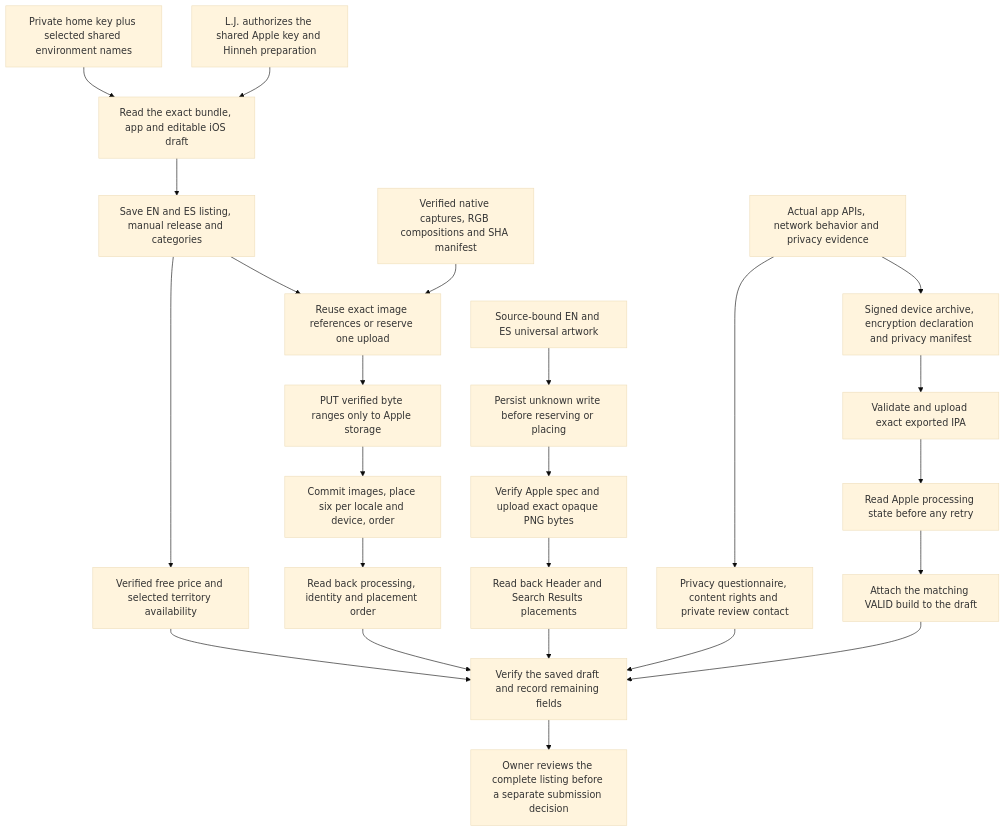
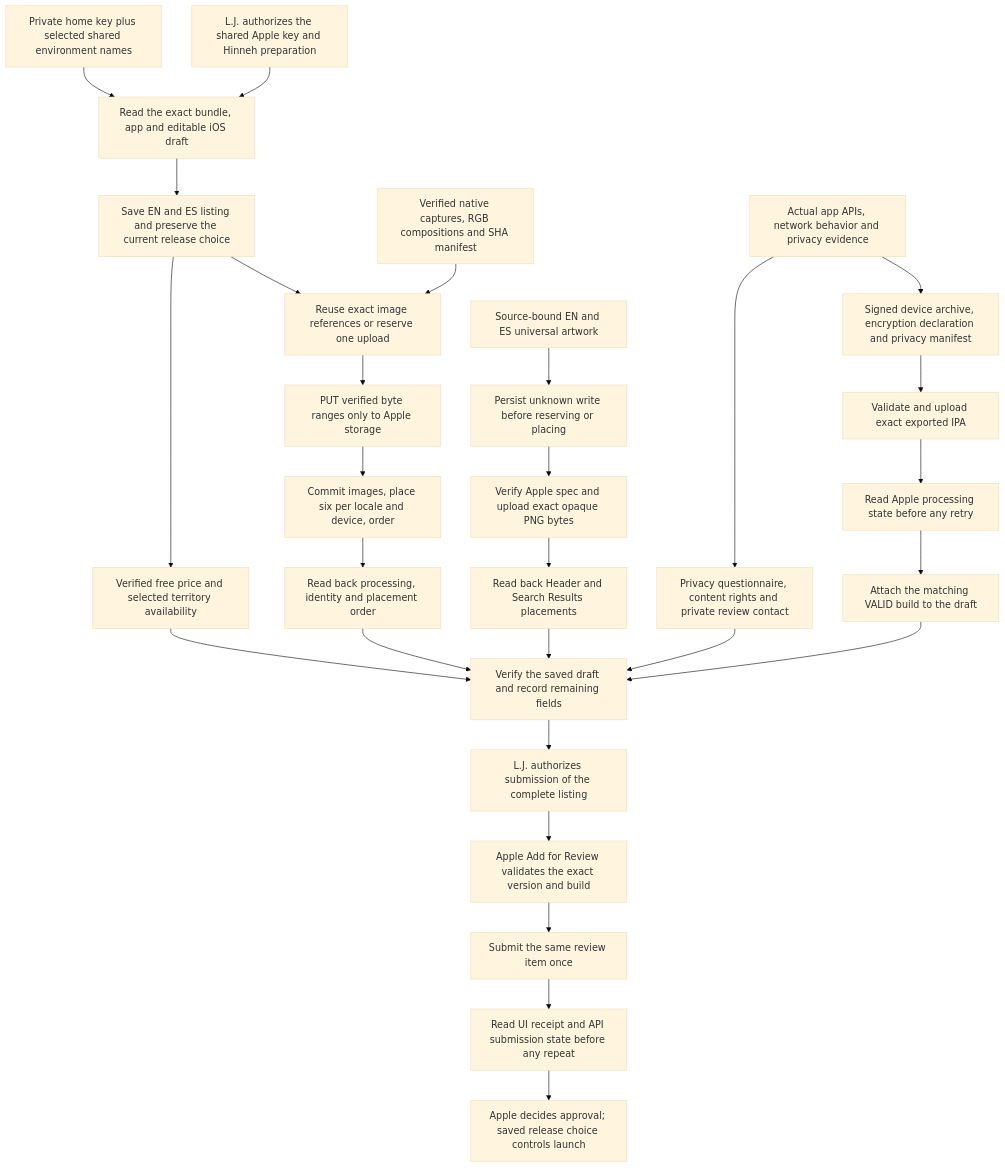
Before and after one commit to loveJesus/visual-biblical-language-reader-chirho: the diagram in spec-chirho/workflows-chirho/native-chirho/store-connect-chirho.md, drawn with Mermaid (base theme). The commit also changed other lines of this file and 1 other file, not shown here.

Commit message:
Update bilingual store coverage and record iOS review submission

````diff
--- a/spec-chirho/workflows-chirho/native-chirho/store-connect-chirho.md
+++ b/spec-chirho/workflows-chirho/native-chirho/store-connect-chirho.md
@@ -5,26 +5,30 @@
 ```mermaid
 flowchart TD
   authority_chirho[L.J. authorizes the shared Apple key and Hinneh preparation] --> inspect_chirho[Read the exact bundle, app and editable iOS draft]
   key_chirho[Private home key plus selected shared environment names] --> inspect_chirho
-  inspect_chirho --> metadata_chirho[Save EN and ES listing, manual release and categories]
+  inspect_chirho --> metadata_chirho[Save EN and ES listing and preserve the current release choice]
   assets_chirho[Verified native captures, RGB compositions and SHA manifest] --> reserve_chirho[Reuse exact image references or reserve one upload]
   metadata_chirho --> reserve_chirho
   reserve_chirho --> upload_chirho[PUT verified byte ranges only to Apple storage]
   upload_chirho --> commit_chirho[Commit images, place six per locale and device, order]
   commit_chirho --> images_chirho[Read back processing, identity and placement order]
   source_chirho[Actual app APIs, network behavior and privacy evidence] --> archive_chirho[Signed device archive, encryption declaration and privacy manifest]
   archive_chirho --> validate_chirho[Validate and upload exact exported IPA]
   validate_chirho --> reconcile_chirho[Read Apple processing state before any retry]
   reconcile_chirho --> attach_chirho[Attach the matching VALID build to the draft]
   source_chirho --> forms_chirho[Privacy questionnaire, content rights and private review contact]
   metadata_chirho --> free_chirho[Verified free price and selected territory availability]
   images_chirho --> draft_chirho[Verify the saved draft and record remaining fields]
   creative_chirho[Source-bound EN and ES universal artwork] --> creative_journal_chirho[Persist unknown write before reserving or placing]
   creative_journal_chirho --> creative_upload_chirho[Verify Apple spec and upload exact opaque PNG bytes]
   creative_upload_chirho --> creative_readback_chirho[Read back Header and Search Results placements]
   creative_readback_chirho --> draft_chirho
   attach_chirho --> draft_chirho
   forms_chirho --> draft_chirho
   free_chirho --> draft_chirho
-  draft_chirho --> owner_chirho[Owner reviews the complete listing before a separate submission decision]
+  draft_chirho --> owner_chirho[L.J. authorizes submission of the complete listing]
+  owner_chirho --> ready_chirho[Apple Add for Review validates the exact version and build]
+  ready_chirho --> submit_chirho[Submit the same review item once]
+  submit_chirho --> submitted_chirho[Read UI receipt and API submission state before any repeat]
+  submitted_chirho --> apple_chirho[Apple decides approval; saved release choice controls launch]
 ```
````
